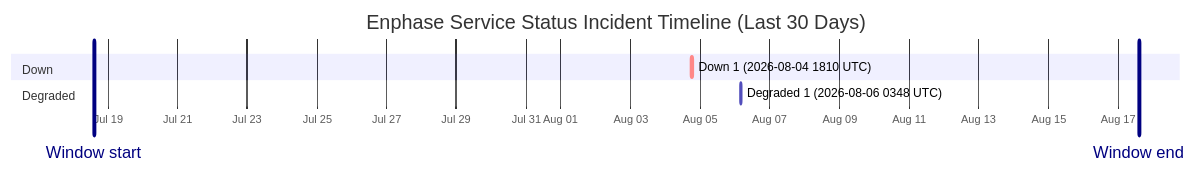
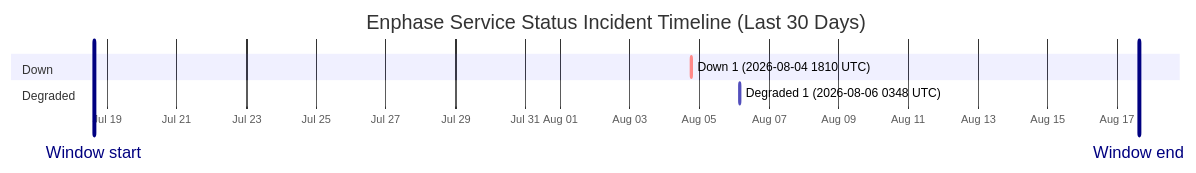
The diagram in wiki/Service-Status-History.md (barneyonline/ha-enphase-energy), drawn with Mermaid before and after one commit. The commit also changed other lines of this file and 3 other files, not shown here.

````diff
--- a/wiki/Service-Status-History.md
+++ b/wiki/Service-Status-History.md
@@ -14,12 +14,12 @@
 ```mermaid
 gantt
     title Enphase Service Status Incident Timeline (Last 30 Days)
     dateFormat  YYYY-MM-DDTHH:mm:ss
     axisFormat  %b %d
-    Window start :vert, window-start, 2026-07-18T14:25:29, 0ms
-    Window end :vert, window-end, 2026-08-17T14:25:29, 0ms
+    Window start :vert, window-start, 2026-07-18T14:53:13, 0ms
+    Window end :vert, window-end, 2026-08-17T14:53:13, 0ms
     section Down
     Down 1 (2026-08-04 1810 UTC) :crit, down-1, 2026-08-04T18:10:46, 60m
     section Degraded
     Degraded 1 (2026-08-06 0348 UTC) :active, degraded-1, 2026-08-06T03:48:14, 60m
 ```
````
